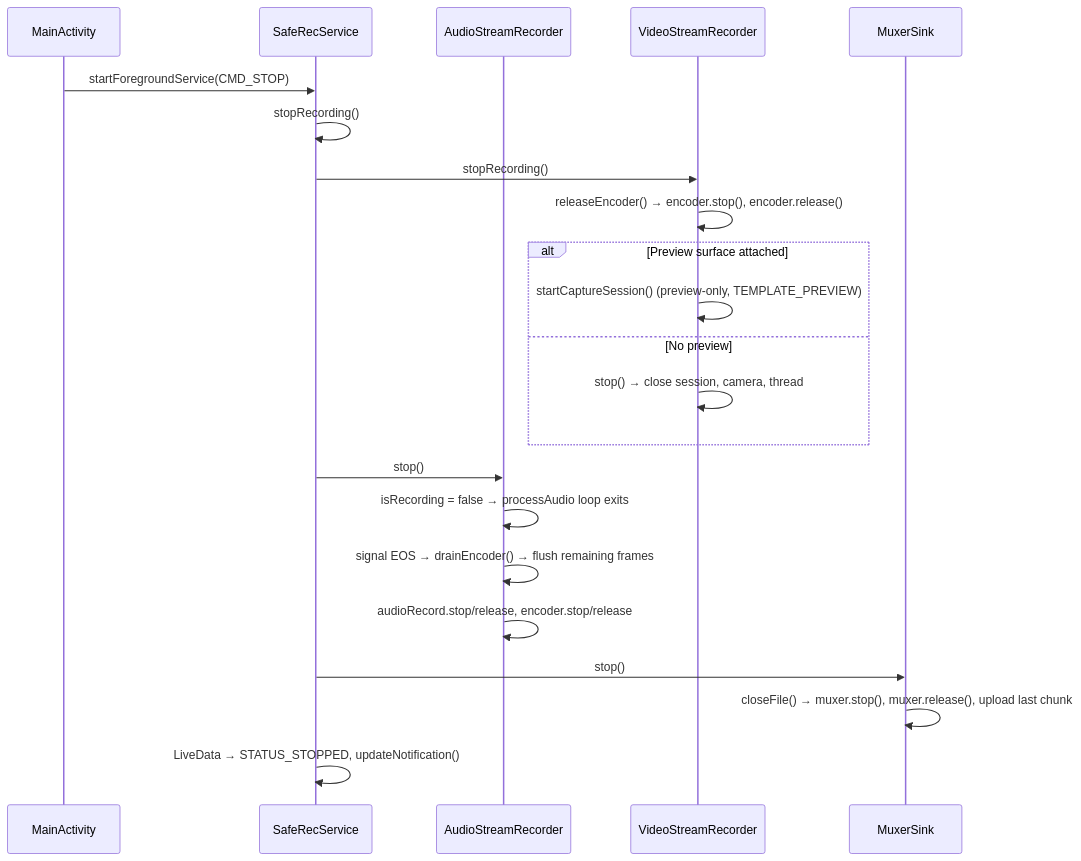
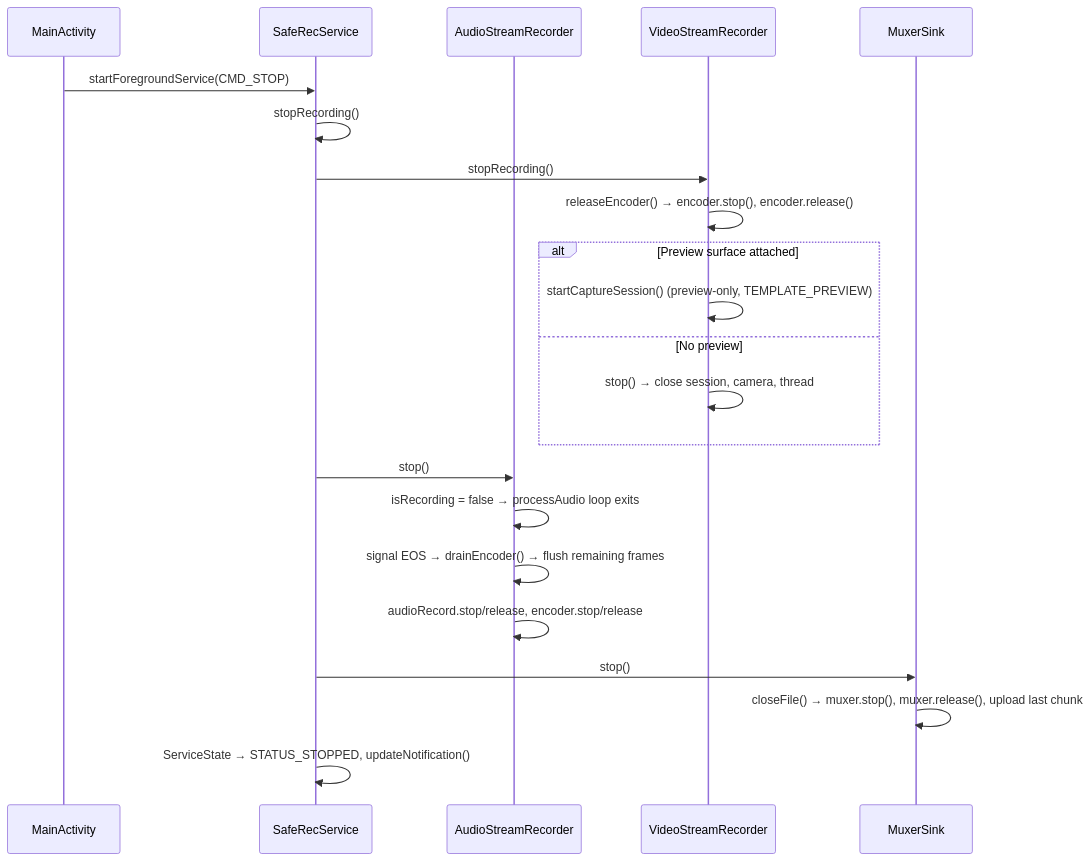
One commit to ark3us/saferec changed the fourth of 4 diagrams in AGENTS.md. Above: the diagram before and after it, drawn with Mermaid. The commit also changed other lines of this file, not shown here.

````diff
--- a/AGENTS.md
+++ b/AGENTS.md
@@ -228,25 +230,25 @@
 ```mermaid
 sequenceDiagram
     participant MA as MainActivity
     participant SRS as SafeRecService
     participant ASR as AudioStreamRecorder
     participant VSR as VideoStreamRecorder
     participant MS as MuxerSink
 
     MA->>SRS: startForegroundService(CMD_STOP)
     SRS->>SRS: stopRecording()
     SRS->>VSR: stopRecording()
     VSR->>VSR: releaseEncoder() → encoder.stop(), encoder.release()
     alt Preview surface attached
         VSR->>VSR: startCaptureSession() (preview-only, TEMPLATE_PREVIEW)
     else No preview
         VSR->>VSR: stop() → close session, camera, thread
     end
     SRS->>ASR: stop()
     ASR->>ASR: isRecording = false → processAudio loop exits
     ASR->>ASR: signal EOS → drainEncoder() → flush remaining frames
     ASR->>ASR: audioRecord.stop/release, encoder.stop/release
     SRS->>MS: stop()
     MS->>MS: closeFile() → muxer.stop(), muxer.release(), upload last chunk
-    SRS->>SRS: LiveData → STATUS_STOPPED, updateNotification()
+    SRS->>SRS: ServiceState → STATUS_STOPPED, updateNotification()
 ```
````
